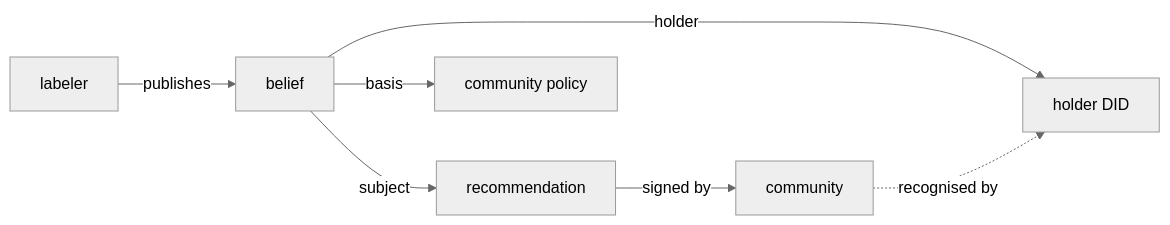
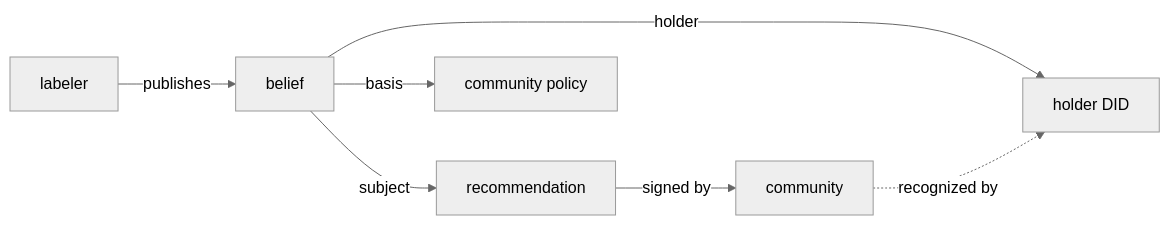
One commit to idiolect-dev/idiolect changed the diagram in docs/book/src/reference/lexicons/belief.md. Above: the diagram before and after it, drawn with Mermaid (neutral theme). The commit also changed other lines of this file and 97 other files, not shown here.

````diff
--- a/docs/book/src/reference/lexicons/belief.md
+++ b/docs/book/src/reference/lexicons/belief.md
@@ -102,9 +103,9 @@
 ```mermaid
 flowchart LR
     L[labeler] -->|publishes| B[belief]
     B -->|subject| R[recommendation]
     B -->|holder| H[holder DID]
     B -->|basis| G[community policy]
     R -->|signed by| C[community]
-    C -.recognised by.-> H
+    C -.recognized by.-> H
 ```
````
